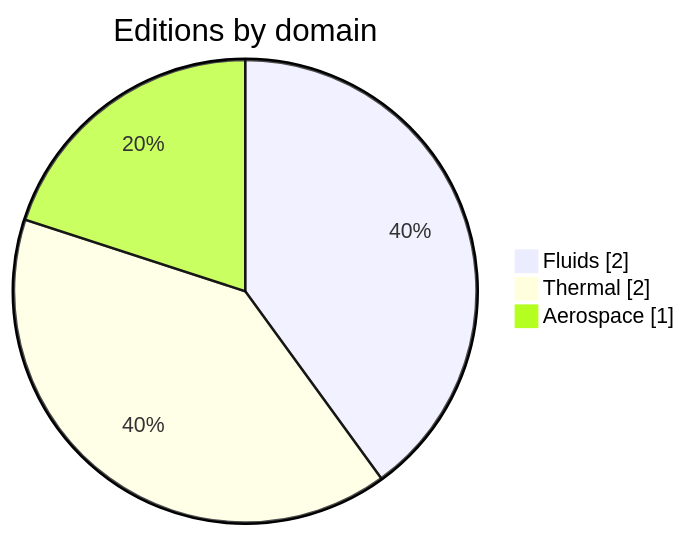
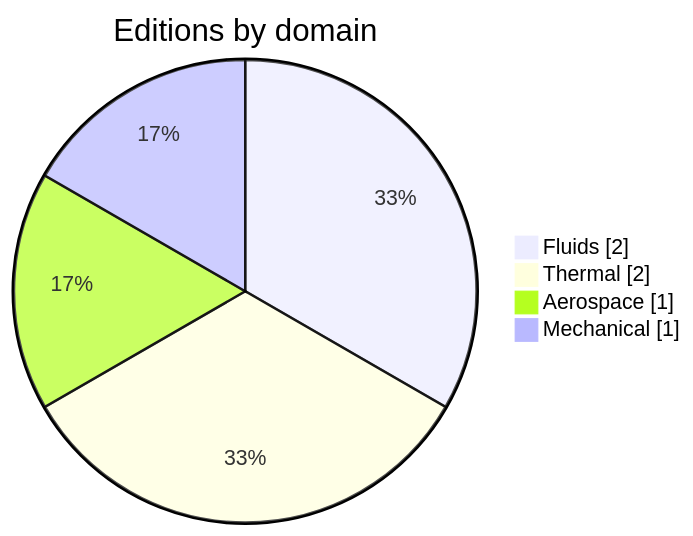
The second of 2 diagrams in README.md (omax404/acta-problemata), drawn with Mermaid before and after one commit. The commit also changed other lines of this file and 7 other files, not shown here.

````diff
--- a/README.md
+++ b/README.md
@@ -157,6 +158,7 @@
 ```mermaid
 pie showData title Editions by domain
   "Fluids" : 2
   "Thermal" : 2
   "Aerospace" : 1
+  "Mechanical" : 1
 ```
````
